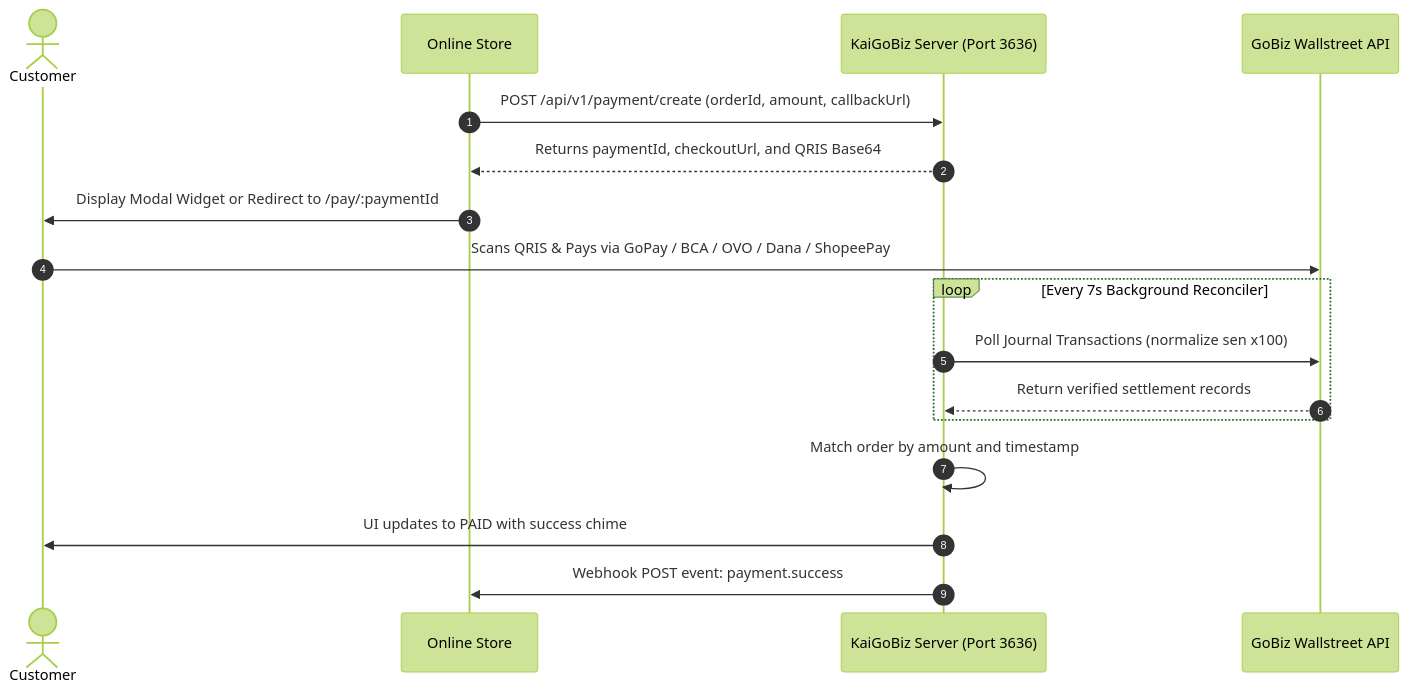
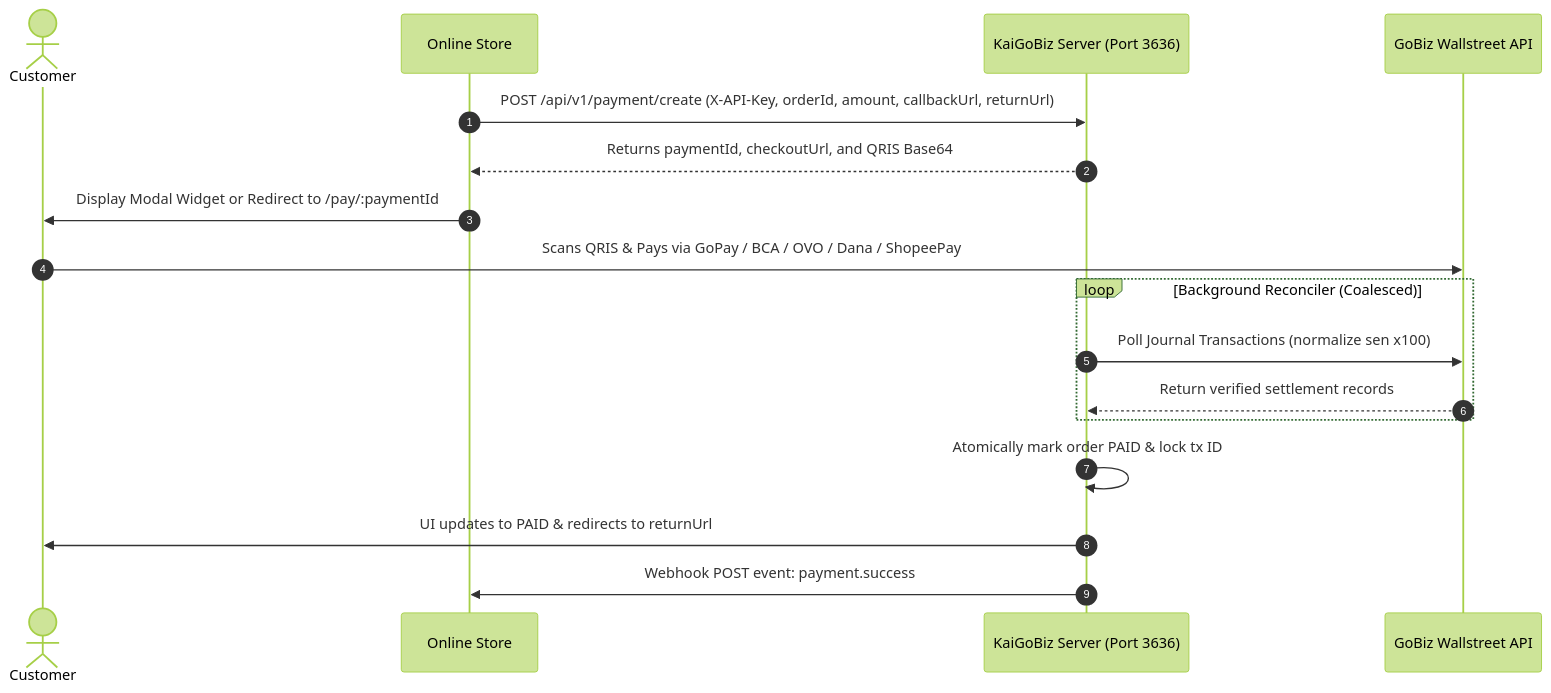
The diagram in README.md (kaivyy/kaigobiz), drawn with Mermaid (forest theme) before and after one commit. The commit also changed other lines of this file and 38 other files, not shown here.

Commit message:
release: v1.2.0 - security hardening, anti-ban token refresh, auto API key, and brand icons

````diff
--- a/README.md
+++ b/README.md
@@ -59,20 +61,20 @@
 ```mermaid
 sequenceDiagram
     autonumber
     actor Customer as Customer
     participant Store as Online Store
     participant Kai as KaiGoBiz Server (Port 3636)
     participant GoBiz as GoBiz Wallstreet API
 
-    Store->>Kai: POST /api/v1/payment/create (orderId, amount, callbackUrl)
+    Store->>Kai: POST /api/v1/payment/create (X-API-Key, orderId, amount, callbackUrl, returnUrl)
     Kai-->>Store: Returns paymentId, checkoutUrl, and QRIS Base64
     Store->>Customer: Display Modal Widget or Redirect to /pay/:paymentId
     Customer->>GoBiz: Scans QRIS & Pays via GoPay / BCA / OVO / Dana / ShopeePay
-    loop Every 7s Background Reconciler
+    loop Background Reconciler (Coalesced)
         Kai->>GoBiz: Poll Journal Transactions (normalize sen x100)
         GoBiz-->>Kai: Return verified settlement records
     end
-    Kai->>Kai: Match order by amount and timestamp
-    Kai->>Customer: UI updates to PAID with success chime
+    Kai->>Kai: Atomically mark order PAID & lock tx ID
+    Kai->>Customer: UI updates to PAID & redirects to returnUrl
     Kai->>Store: Webhook POST event: payment.success
 ```
````
